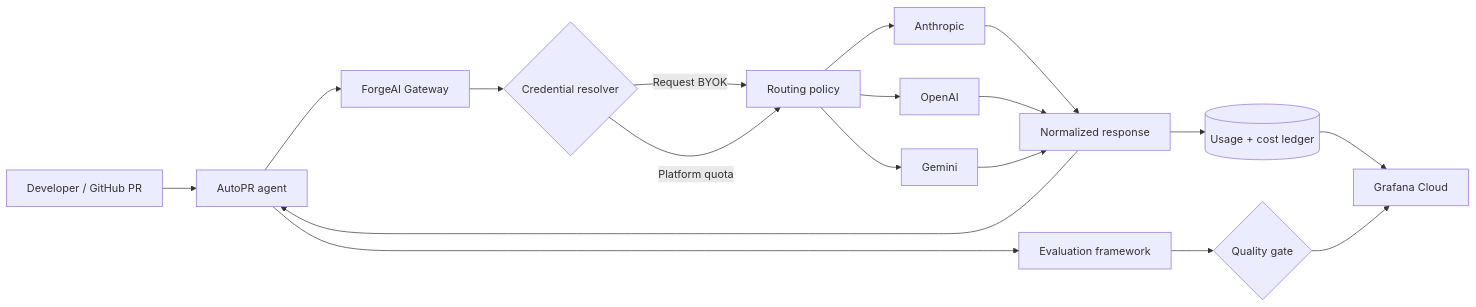
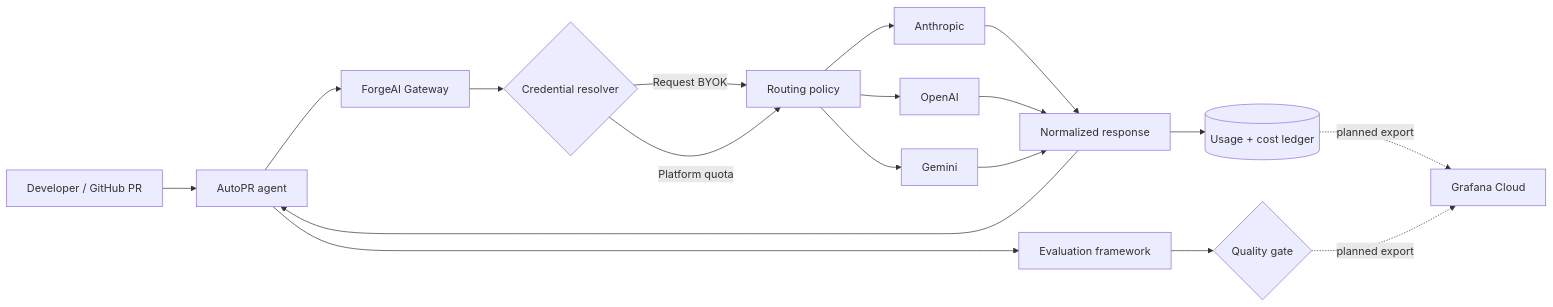
One commit to Sidd-Tiwari/ForgeAI changed the first of 2 diagrams in README.md. Above: the diagram before and after it, drawn with Mermaid. The commit also changed other lines of this file and 3 other files, not shown here.

````diff
--- a/README.md
+++ b/README.md
@@ -13,17 +13,17 @@
 ```mermaid
 flowchart LR
   GH[Developer / GitHub PR] --> AP[AutoPR agent]
   AP --> GW[ForgeAI Gateway]
   GW --> CR{Credential resolver}
   CR -->|Request BYOK| RT[Routing policy]
   CR -->|Platform quota| RT
   RT --> AN[Anthropic]
   RT --> OA[OpenAI]
   RT --> GE[Gemini]
   AN & OA & GE --> NR[Normalized response]
   NR --> UL[(Usage + cost ledger)]
   NR --> AP
   AP --> EV[Evaluation framework]
   EV --> QC{Quality gate}
-  UL & QC --> GF[Grafana Cloud]
+  UL & QC -. planned export .-> GF[Grafana Cloud]
 ```
````
